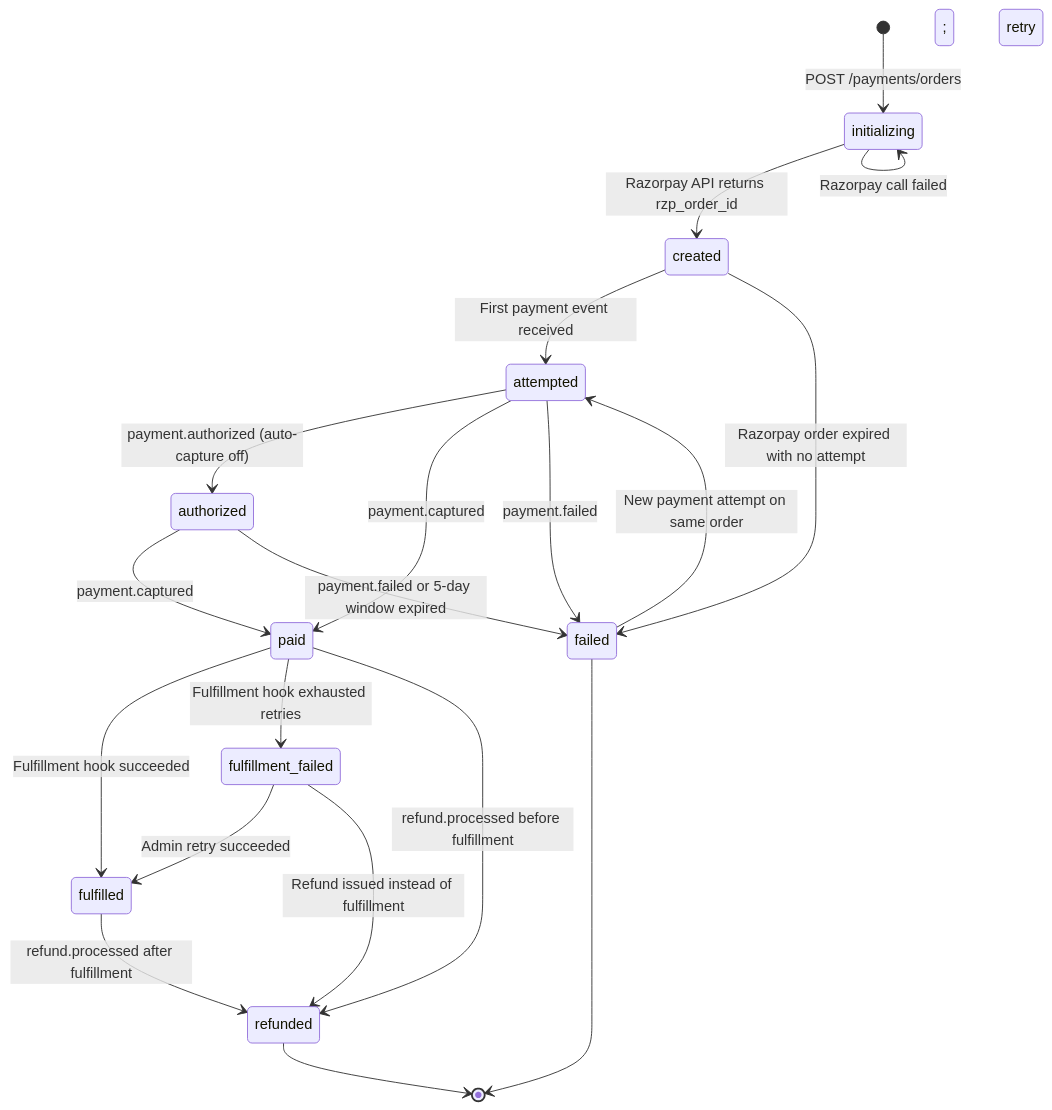
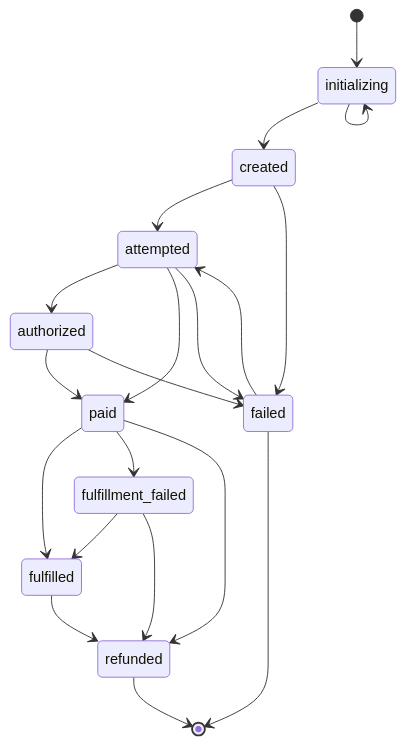
One commit to akhiljoe/razorpay-payment-integration changed the first of 10 diagrams in designs/DESIGN_v5.md. Above: the diagram before and after it, drawn with Mermaid. The commit also changed other lines of this file, not shown here.

Commit message:
Clean up DESIGN_v5: fix mermaid parse errors, trim duplicate content

````diff
--- a/designs/DESIGN_v5.md
+++ b/designs/DESIGN_v5.md
@@ -572,30 +563,22 @@
 ```mermaid
 stateDiagram-v2
-    [*] --> initializing : POST /payments/orders
-
-    initializing --> created : Razorpay API returns rzp_order_id
-    initializing --> initializing : Razorpay call failed; retry
-
-    created --> attempted : First payment event received
-    created --> failed : Razorpay order expired with no attempt
-
-    attempted --> authorized : payment.authorized (auto-capture off)
-    attempted --> paid : payment.captured
-    attempted --> failed : payment.failed
-
-    authorized --> paid : payment.captured
-    authorized --> failed : payment.failed or 5-day window expired
-
-    failed --> attempted : New payment attempt on same order
-
-    paid --> fulfilled : Fulfillment hook succeeded
-    paid --> fulfillment_failed : Fulfillment hook exhausted retries
-    paid --> refunded : refund.processed before fulfillment
-
-    fulfilled --> refunded : refund.processed after fulfillment
-    fulfillment_failed --> fulfilled : Admin retry succeeded
-    fulfillment_failed --> refunded : Refund issued instead of fulfillment
-
+    [*] --> initializing
+    initializing --> created
+    initializing --> initializing
+    created --> attempted
+    created --> failed
+    attempted --> authorized
+    attempted --> paid
+    attempted --> failed
+    authorized --> paid
+    authorized --> failed
+    failed --> attempted
+    paid --> fulfilled
+    paid --> fulfillment_failed
+    paid --> refunded
+    fulfilled --> refunded
+    fulfillment_failed --> fulfilled
+    fulfillment_failed --> refunded
     failed --> [*]
     refunded --> [*]
 ```
````
